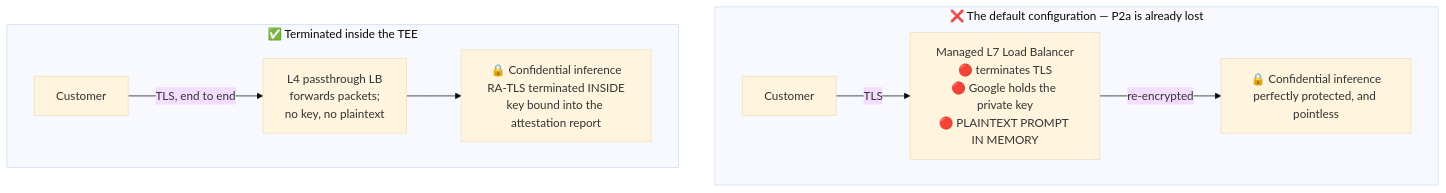
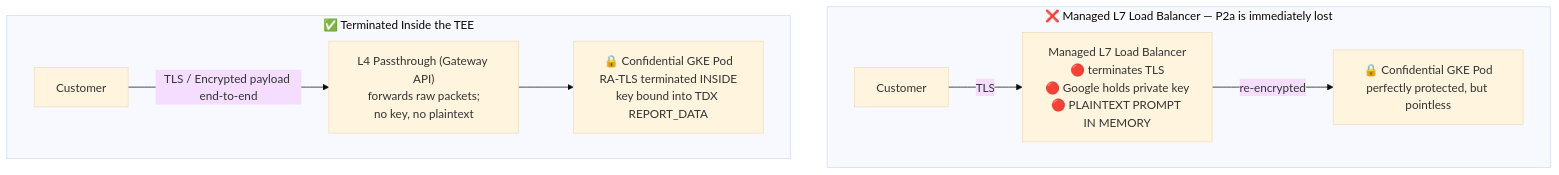
The third of 5 diagrams in docs/en/06_designing_confidential_llm_serving_on_gke.md (Marinette101/llm-cc-in-k8s), drawn with Mermaid (base theme) before and after one commit. The commit also changed other lines of this file and 9 other files, not shown here.

Commit message:
feat: incorporate GKE Hypercluster and AI Hypercomputer architecture into confidential LLM serving docs

````diff
--- a/docs/en/06_designing_confidential_llm_serving_on_gke.md
+++ b/docs/en/06_designing_confidential_llm_serving_on_gke.md
@@ -205,12 +227,12 @@
 ```mermaid
 flowchart TD
-    subgraph BAD ["❌ The default configuration — P2a is already lost"]
-        A1["Customer"] -->|"TLS"| B1["Managed L7 Load Balancer<br>🔴 terminates TLS<br>🔴 Google holds the private key<br>🔴 PLAINTEXT PROMPT IN MEMORY"]
-        B1 -->|"re-encrypted"| C1["🔒 Confidential inference<br>perfectly protected, and pointless"]
+    subgraph BAD ["❌ Managed L7 Load Balancer — P2a is immediately lost"]
+        A1["Customer"] -->|"TLS"| B1["Managed L7 Load Balancer<br>🔴 terminates TLS<br>🔴 Google holds private key<br>🔴 PLAINTEXT PROMPT IN MEMORY"]
+        B1 -->|"re-encrypted"| C1["🔒 Confidential GKE Pod<br>perfectly protected, but pointless"]
     end
 
-    subgraph GOOD ["✅ Terminated inside the TEE"]
-        A2["Customer"] -->|"TLS, end to end"| B2["L4 passthrough LB<br>forwards packets;<br>no key, no plaintext"]
-        B2 --> C2["🔒 Confidential inference<br>RA-TLS terminated INSIDE<br>key bound into the attestation report"]
+    subgraph GOOD ["✅ Terminated Inside the TEE"]
+        A2["Customer"] -->|"TLS / Encrypted payload end-to-end"| B2["L4 Passthrough (Gateway API)<br>forwards raw packets;<br>no key, no plaintext"]
+        B2 --> C2["🔒 Confidential GKE Pod<br>RA-TLS terminated INSIDE<br>key bound into TDX REPORT_DATA"]
     end
 ```
````
